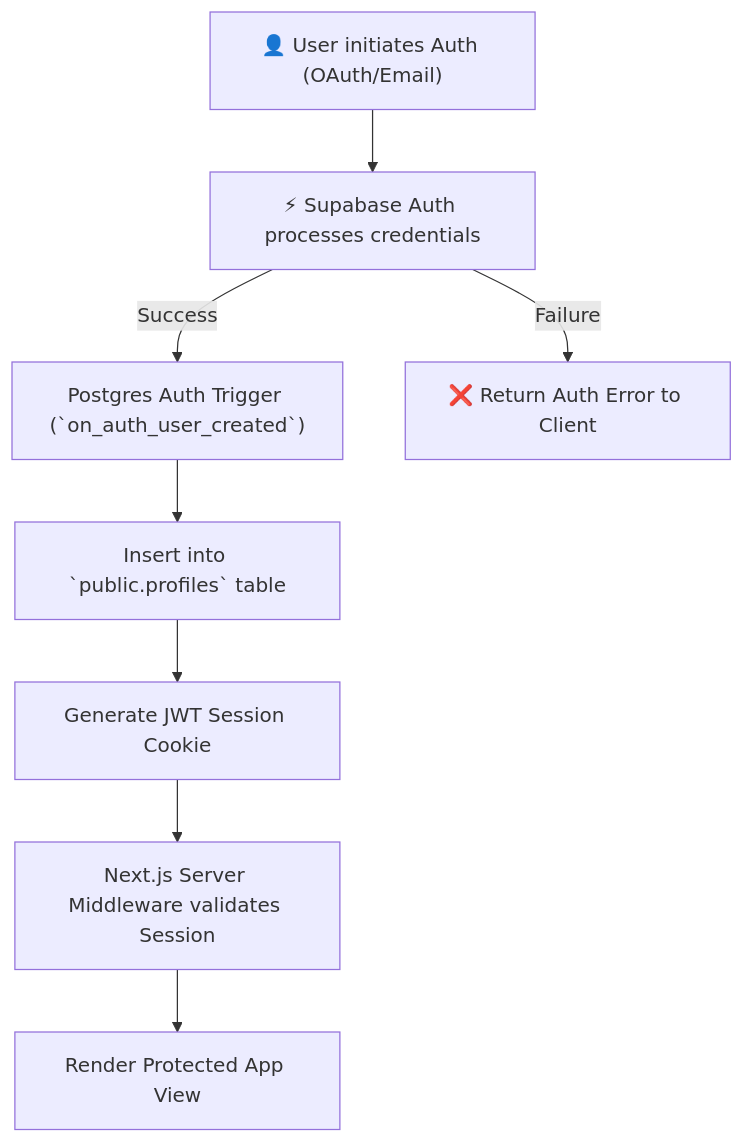
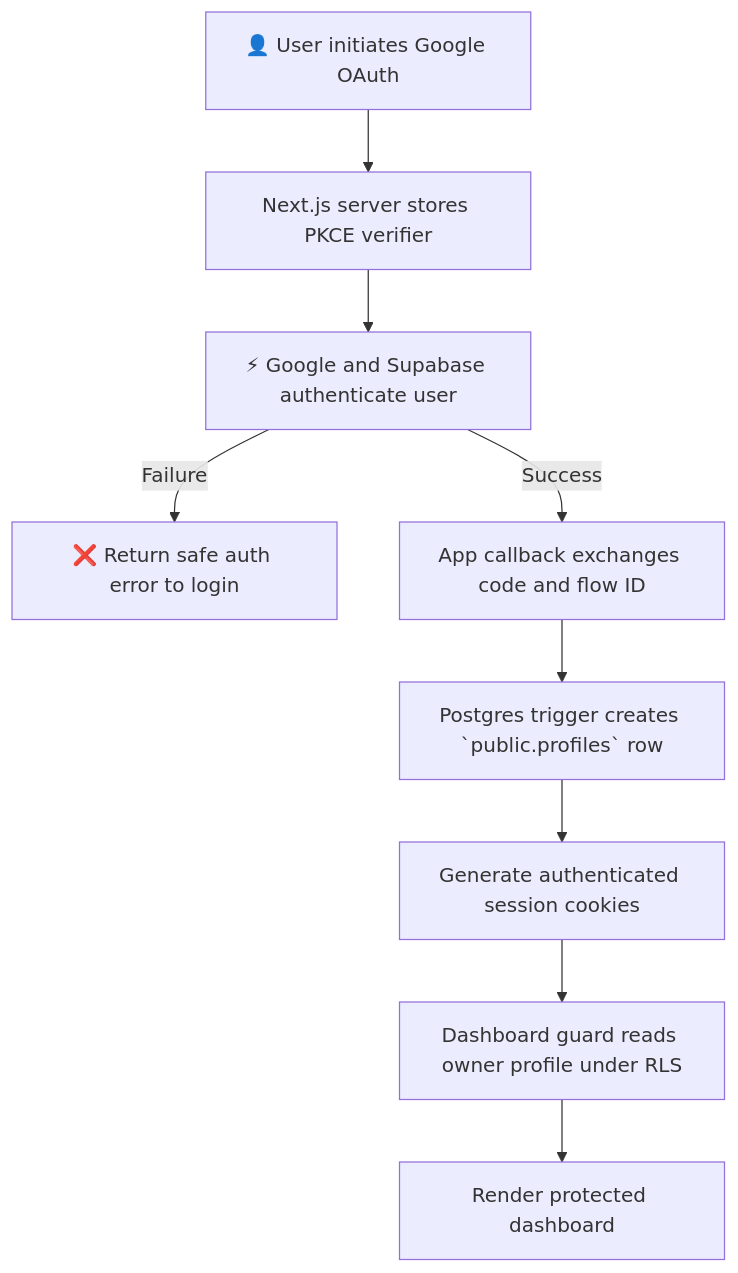
Before and after one commit to Danncode10/JuanProperty: the first of 4 diagrams in docs/diagrams/activity-workflows.md, drawn with Mermaid. The commit also changed other lines of this file and 7 other files, not shown here.

Commit message:
docs(p0.4): update docs and verification for google-oauth

````diff
--- a/docs/diagrams/activity-workflows.md
+++ b/docs/diagrams/activity-workflows.md
@@ -9,11 +9,11 @@
 ```mermaid
 flowchart TD
-    A["👤 User initiates Auth (OAuth/Email)"] --> B["⚡ Supabase Auth processes credentials"]
-    B -->|Success| C["Postgres Auth Trigger (`on_auth_user_created`)"]
-    B -->|Failure| D["❌ Return Auth Error to Client"]
-
-    C --> E["Insert into `public.profiles` table"]
-    E --> F["Generate JWT Session Cookie"]
-    F --> G["Next.js Server Middleware validates Session"]
-    G --> H["Render Protected App View"]
+    A["👤 User initiates Google OAuth"] --> B["Next.js server stores PKCE verifier"]
+    B --> C["⚡ Google and Supabase authenticate user"]
+    C -->|Failure| D["❌ Return safe auth error to login"]
+    C -->|Success| E["App callback exchanges code and flow ID"]
+    E --> F["Postgres trigger creates `public.profiles` row"]
+    F --> G["Generate authenticated session cookies"]
+    G --> H["Dashboard guard reads owner profile under RLS"]
+    H --> I["Render protected dashboard"]
 ```
````
